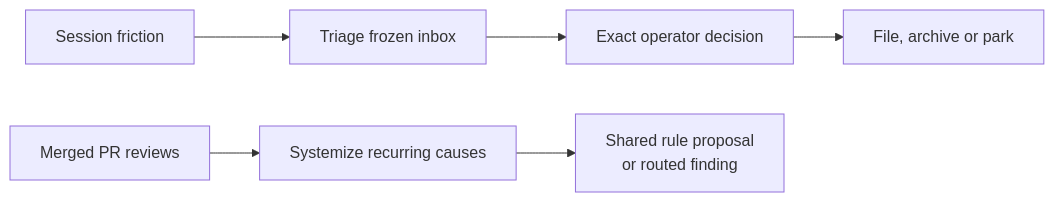
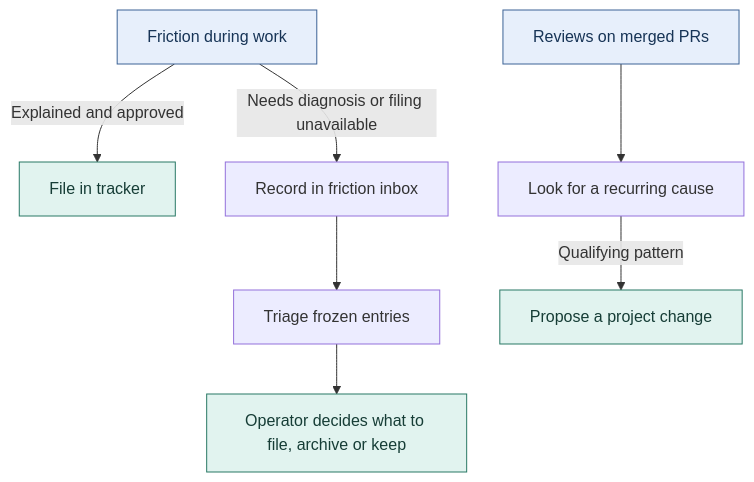
The second of 2 diagrams in README.md (topij/agentic-dev-kit), drawn with Mermaid before and after one commit. The commit also changed other lines of this file and 12 other files, not shown here.

````diff
--- a/README.md
+++ b/README.md
@@ -92,8 +115,15 @@
 ```mermaid
-flowchart LR
-    Friction["Session friction"] --> Triage["Triage frozen inbox"]
-    Triage --> Decision["Exact operator decision"]
-    Decision --> Outcome["File, archive or park"]
-    Reviews["Merged PR reviews"] --> Patterns["Systemize recurring causes"]
-    Patterns --> Proposal["Shared rule proposal<br/>or routed finding"]
+flowchart TD
+    accTitle: How Full routes session friction and review findings
+    accDescr: Session friction goes to an approved tracker write or the inbox. A separate workflow reads merged pull request reviews for recurring causes.
+    classDef source fill:#e7effb,stroke:#3c6396,color:#173456
+    classDef outcome fill:#e1f3ef,stroke:#287865,color:#163d36
+    Friction["Friction during work"] -->|Explained and approved| Ticket["File in tracker"]
+    Friction -->|Needs diagnosis or filing unavailable| Inbox["Record in friction inbox"]
+    Inbox --> Triage["Triage frozen entries"]
+    Triage --> Decision["Operator decides what to file, archive or keep"]
+    Reviews["Reviews on merged PRs"] --> Systemize["Look for a recurring cause"]
+    Systemize -->|Qualifying pattern| Proposal["Propose a project change"]
+    class Friction,Reviews source
+    class Ticket,Decision,Proposal outcome
 ```
````
